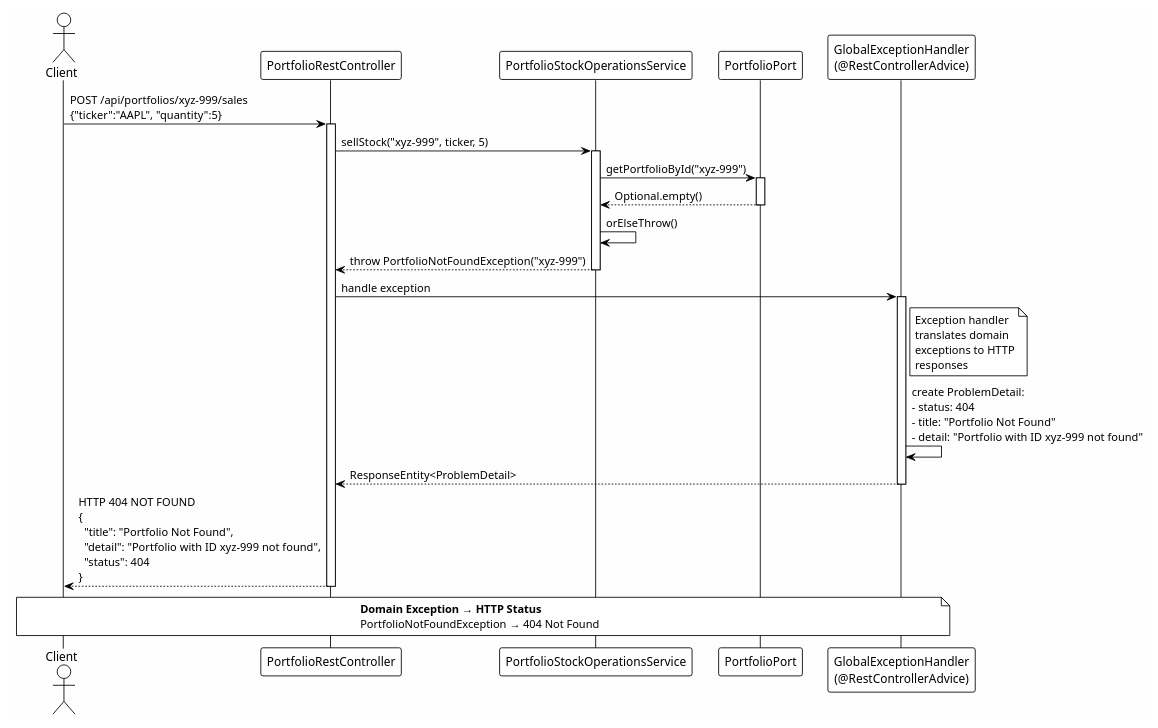
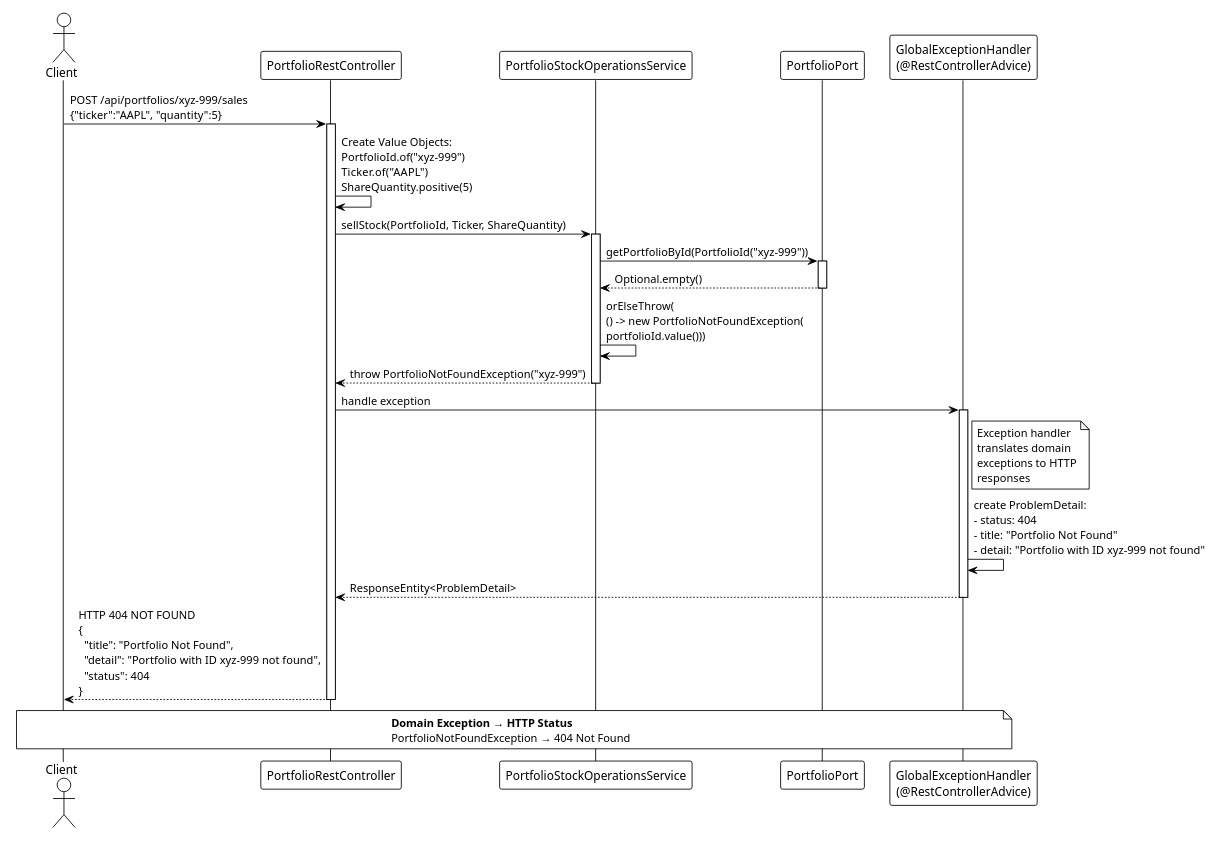
One commit to alfredorueda/HexaStock changed the diagram in doc/tutorial/diagrams/sell-error-portfolio-not-found.puml. Above: the diagram before and after it, drawn with PlantUML. The commit also changed 13 other files, not shown here.

Commit message:
feat: enhance docs by introducing value objects for IDs and monetary values

```diff
--- a/doc/tutorial/diagrams/sell-error-portfolio-not-found.puml
+++ b/doc/tutorial/diagrams/sell-error-portfolio-not-found.puml
@@ -1,48 +1,51 @@
 @startuml sell-error-portfolio-not-found
 !theme plain
 skinparam backgroundColor #FEFEFE
 
 actor Client
 participant "PortfolioRestController" as Controller
 participant "PortfolioStockOperationsService" as Service
 participant "PortfolioPort" as Port
 participant "GlobalExceptionHandler\n(@RestControllerAdvice)" as Handler
 
 Client -> Controller: POST /api/portfolios/xyz-999/sales\n{"ticker":"AAPL", "quantity":5}
 activate Controller
 
-Controller -> Service: sellStock("xyz-999", ticker, 5)
+Controller -> Controller: Create Value Objects:\nPortfolioId.of("xyz-999")\nTicker.of("AAPL")\nShareQuantity.positive(5)
+
+Controller -> Service: sellStock(PortfolioId, Ticker, ShareQuantity)
 activate Service
 
-Service -> Port: getPortfolioById("xyz-999")
+Service -> Port: getPortfolioById(PortfolioId("xyz-999"))
 activate Port
 Port --> Service: Optional.empty()
 deactivate Port
 
-Service -> Service: orElseThrow()
+Service -> Service: orElseThrow(\n() -> new PortfolioNotFoundException(\nportfolioId.value()))
+
 Service --> Controller: throw PortfolioNotFoundException("xyz-999")
 deactivate Service
 
 Controller -> Handler: handle exception
 activate Handler
 note right of Handler
   Exception handler
   translates domain
   exceptions to HTTP
   responses
 end note
 
 Handler -> Handler: create ProblemDetail:\n- status: 404\n- title: "Portfolio Not Found"\n- detail: "Portfolio with ID xyz-999 not found"
 
 Handler --> Controller: ResponseEntity<ProblemDetail>
 deactivate Handler
 
 Controller --> Client: HTTP 404 NOT FOUND\n{\n  "title": "Portfolio Not Found",\n  "detail": "Portfolio with ID xyz-999 not found",\n  "status": 404\n}
 deactivate Controller
 
 note over Client, Handler
   **Domain Exception → HTTP Status**
   PortfolioNotFoundException → 404 Not Found
 end note
 
 @enduml
```
